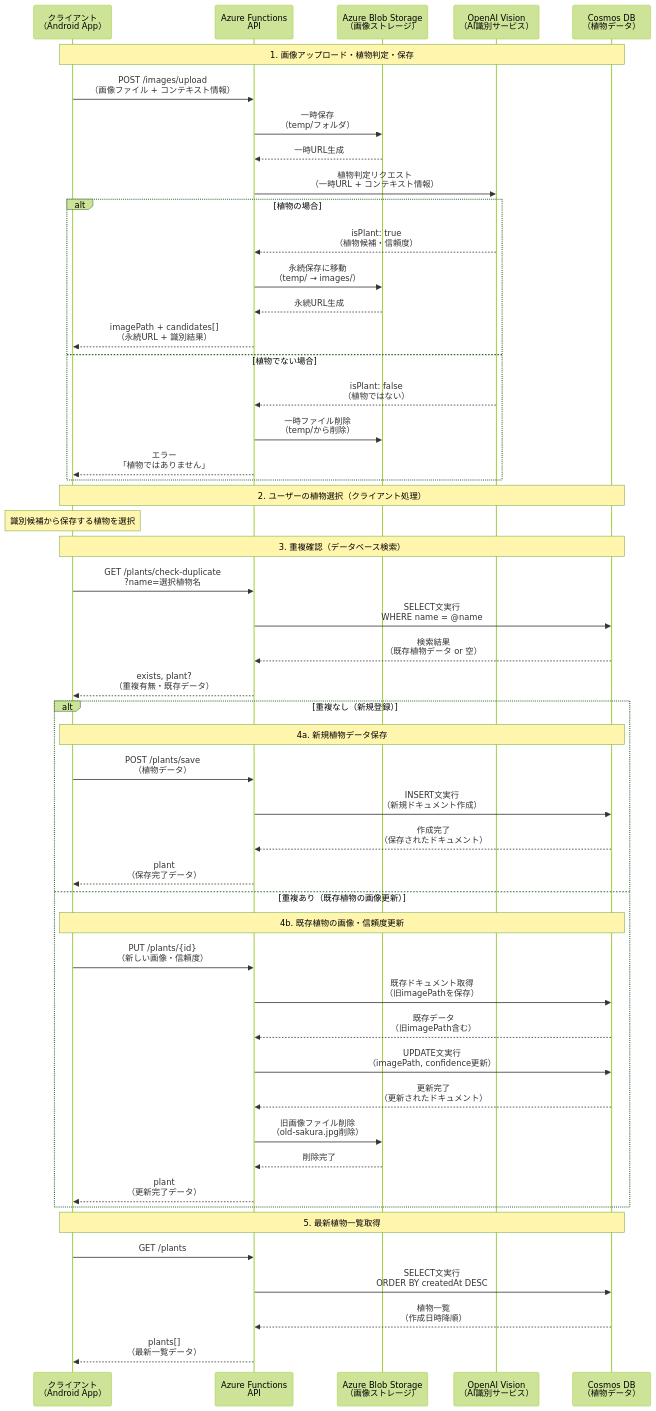
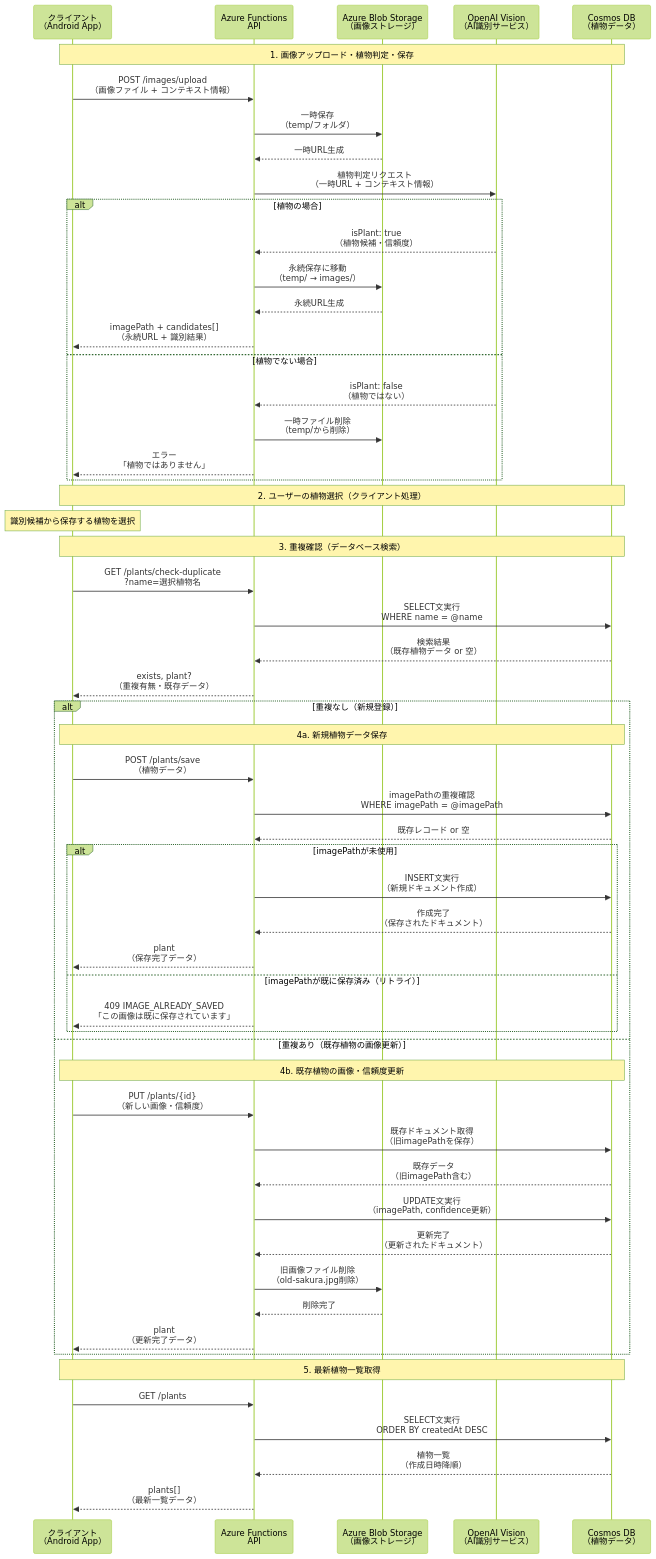
The first of 3 diagrams in docs/07_api_workflow.md (nmasashi/snaplant), drawn with Mermaid (forest theme) before and after one commit. The commit also changed other lines of this file and 4 other files, not shown here.

````diff
--- a/docs/07_api_workflow.md
+++ b/docs/07_api_workflow.md
@@ -12,58 +12,65 @@
 ```mermaid
 sequenceDiagram
     participant Client as クライアント<br/>（Android App）  
     participant API as Azure Functions<br/>API
     participant Blob as Azure Blob Storage<br/>（画像ストレージ）
     participant AI as OpenAI Vision<br/>（AI識別サービス）
     participant DB as Cosmos DB<br/>（植物データ）
 
     Note over Client,DB: 1. 画像アップロード・植物判定・保存
     Client->>API: POST /images/upload<br/>（画像ファイル + コンテキスト情報）
     API->>Blob: 一時保存<br/>（temp/フォルダ）
     Blob-->>API: 一時URL生成
     API->>AI: 植物判定リクエスト<br/>（一時URL + コンテキスト情報）
     
     alt 植物の場合
         AI-->>API: isPlant: true<br/>（植物候補・信頼度）
         API->>Blob: 永続保存に移動<br/>（temp/ → images/）
         Blob-->>API: 永続URL生成
         API-->>Client: imagePath + candidates[]<br/>（永続URL + 識別結果）
     else 植物でない場合
         AI-->>API: isPlant: false<br/>（植物ではない）
         API->>Blob: 一時ファイル削除<br/>（temp/から削除）
         API-->>Client: エラー<br/>「植物ではありません」
     end
 
     Note over Client,DB: 2. ユーザーの植物選択（クライアント処理）
     Note over Client: 識別候補から保存する植物を選択
 
     Note over Client,DB: 3. 重複確認（データベース検索）
     Client->>API: GET /plants/check-duplicate<br/>?name=選択植物名
     API->>DB: SELECT文実行<br/>WHERE name = @name
     DB-->>API: 検索結果<br/>（既存植物データ or 空）
     API-->>Client: exists, plant?<br/>（重複有無・既存データ）
 
     alt 重複なし（新規登録）
         Note over Client,DB: 4a. 新規植物データ保存
         Client->>API: POST /plants/save<br/>（植物データ）
-        API->>DB: INSERT文実行<br/>（新規ドキュメント作成）
-        DB-->>API: 作成完了<br/>（保存されたドキュメント）
-        API-->>Client: plant<br/>（保存完了データ）
+        API->>DB: imagePathの重複確認<br/>WHERE imagePath = @imagePath
+        DB-->>API: 既存レコード or 空
+
+        alt imagePathが未使用
+            API->>DB: INSERT文実行<br/>（新規ドキュメント作成）
+            DB-->>API: 作成完了<br/>（保存されたドキュメント）
+            API-->>Client: plant<br/>（保存完了データ）
+        else imagePathが既に保存済み（リトライ）
+            API-->>Client: 409 IMAGE_ALREADY_SAVED<br/>「この画像は既に保存されています」
+        end
     else 重複あり（既存植物の画像更新）
         Note over Client,DB: 4b. 既存植物の画像・信頼度更新
         Client->>API: PUT /plants/{id}<br/>（新しい画像・信頼度）
         API->>DB: 既存ドキュメント取得<br/>（旧imagePathを保存）
         DB-->>API: 既存データ<br/>（旧imagePath含む）
         API->>DB: UPDATE文実行<br/>（imagePath, confidence更新）
         DB-->>API: 更新完了<br/>（更新されたドキュメント）
         API->>Blob: 旧画像ファイル削除<br/>（old-sakura.jpg削除）
         Blob-->>API: 削除完了
         API-->>Client: plant<br/>（更新完了データ）
     end
 
     Note over Client,DB: 5. 最新植物一覧取得
     Client->>API: GET /plants
     API->>DB: SELECT文実行<br/>ORDER BY createdAt DESC
     DB-->>API: 植物一覧<br/>（作成日時降順）
     API-->>Client: plants[]<br/>（最新一覧データ）
 ```
````
